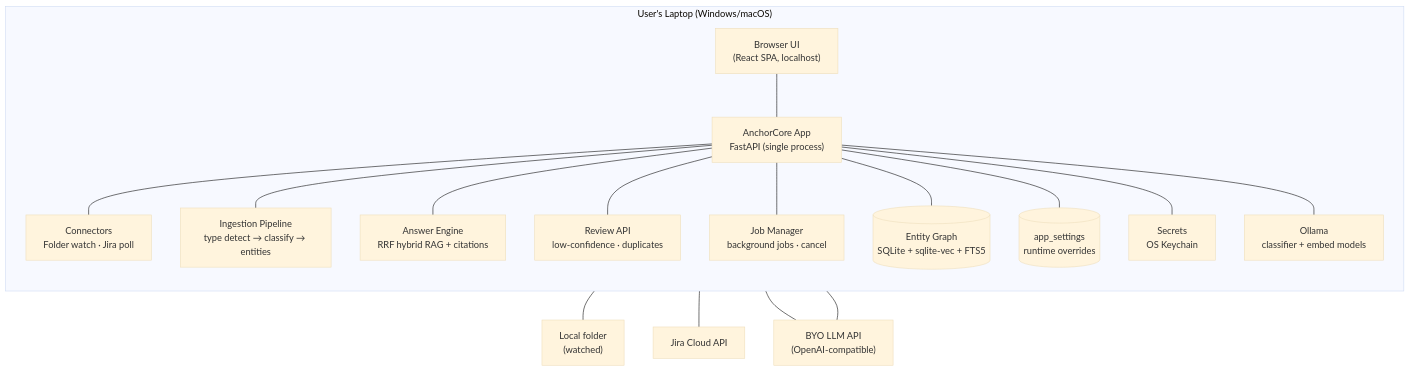
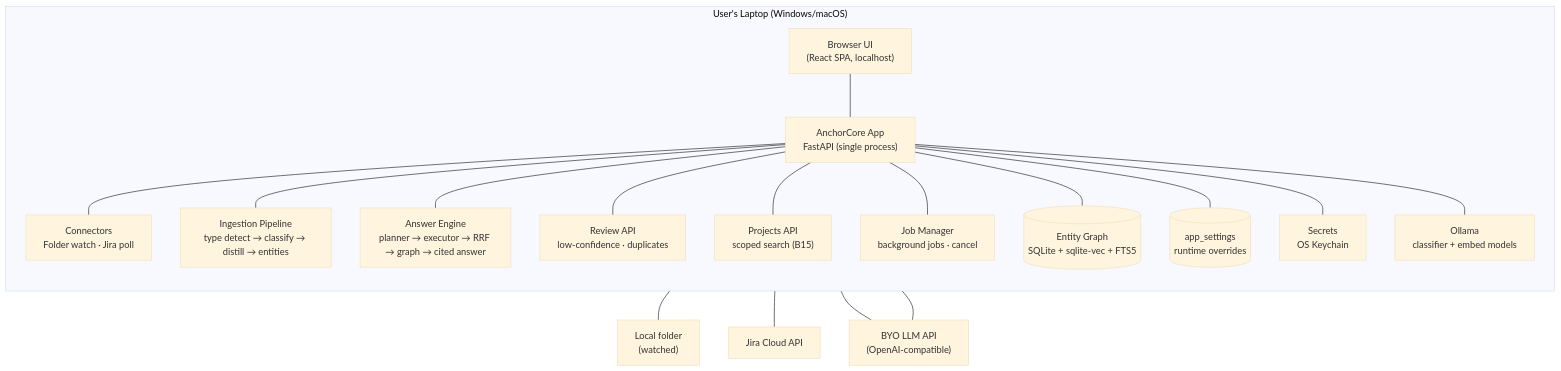
Before and after one commit to Atsirkunov/anchorcore: the first of 4 diagrams in docs/architecture.md, drawn with Mermaid (base theme). The commit also changed other lines of this file and 5 other files, not shown here.

````diff
--- a/docs/architecture.md
+++ b/docs/architecture.md
@@ -14,31 +14,32 @@
 ```mermaid
 flowchart TB
     subgraph laptop["User's Laptop (Windows/macOS)"]
         direction TB
         browser["Browser UI<br/>(React SPA, localhost)"]
         api["AnchorCore App<br/>FastAPI (single process)"]
         api --- connectors["Connectors<br/>Folder watch · Jira poll"]
-        api --- pipeline["Ingestion Pipeline<br/>type detect → classify → entities"]
-        api --- rag["Answer Engine<br/>RRF hybrid RAG + citations"]
+        api --- pipeline["Ingestion Pipeline<br/>type detect → classify → distill → entities"]
+        api --- rag["Answer Engine<br/>planner → executor → RRF → graph → cited answer"]
         api --- review["Review API<br/>low-confidence · duplicates"]
+        api --- projects["Projects API<br/>scoped search (B15)"]
         api --- jobs["Job Manager<br/>background jobs · cancel"]
         db[("Entity Graph<br/>SQLite + sqlite-vec + FTS5")]
         settings[("app_settings<br/>runtime overrides")]
         secrets["Secrets<br/>OS Keychain"]
         api --- db
         api --- settings
         api --- secrets
         browser --- api
         ollama["Ollama<br/>classifier + embed models"]
         api --- ollama
     end
 
     jira["Jira Cloud API"]
     folder["Local folder<br/>(watched)"]
     cloud["BYO LLM API<br/>(OpenAI-compatible)"]
 
     connectors --- folder
     connectors --- jira
     pipeline --- cloud
     rag --- cloud
 ```
````
